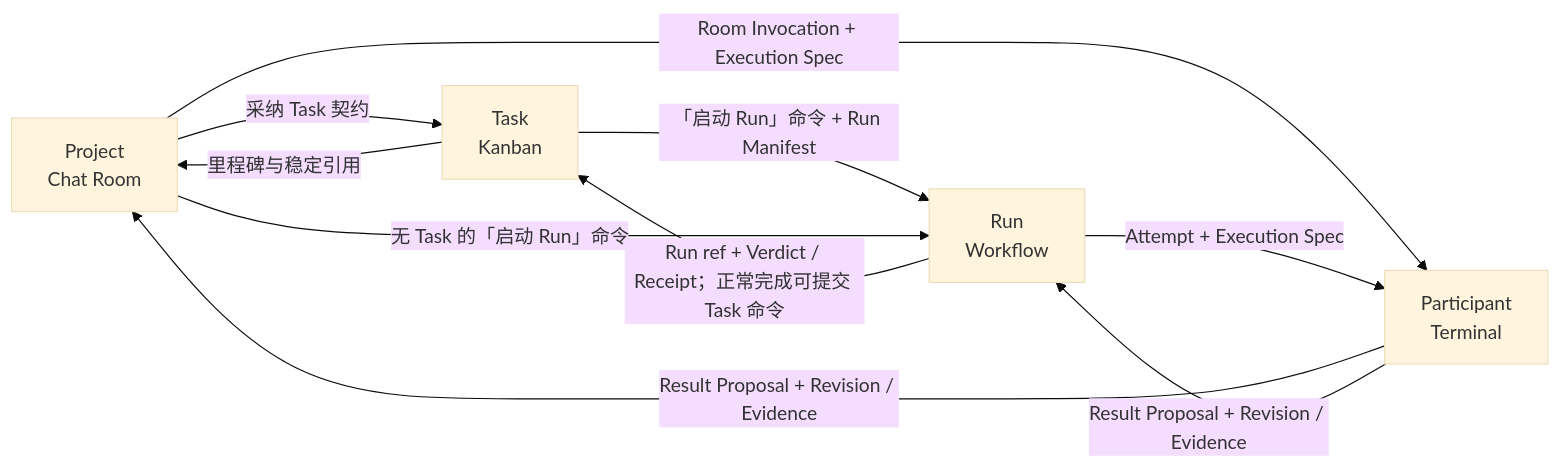
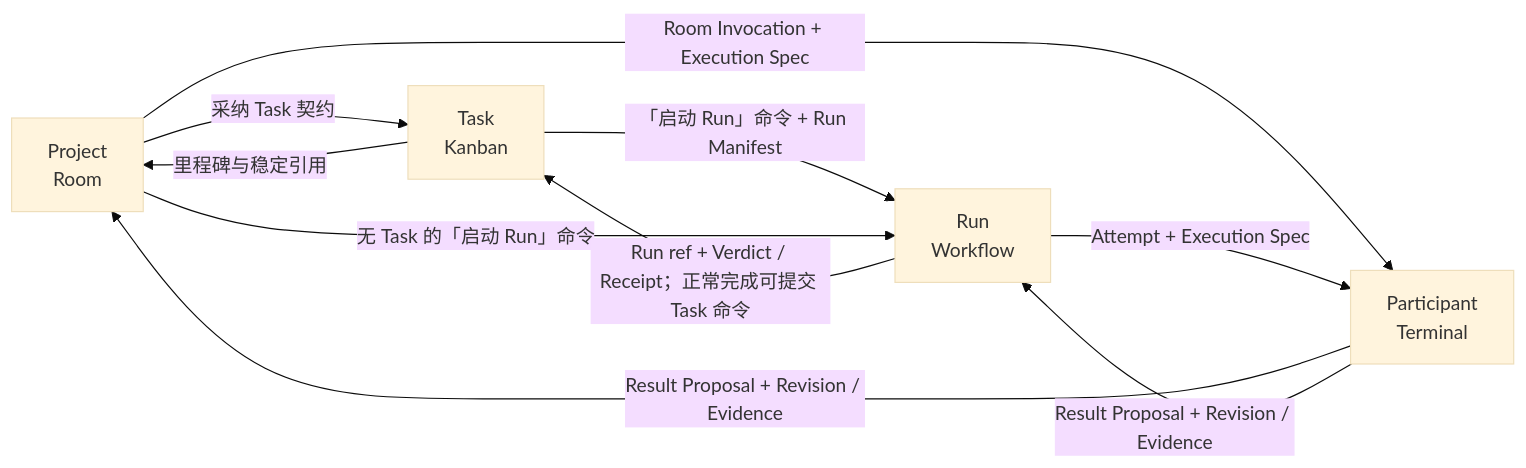
The diagram in docs/design/spec/connections.md (yesme/hctl2), drawn with Mermaid (base theme) before and after one commit. The commit also changed other lines of this file and 22 other files, not shown here.

````diff
--- a/docs/design/spec/connections.md
+++ b/docs/design/spec/connections.md
@@ -20,12 +20,12 @@
 ```mermaid
 flowchart LR
-    P["Project<br/>Chat Room"] -->|采纳 Task 契约| T["Task<br/>Kanban"]
+    P["Project<br/>Room"] -->|采纳 Task 契约| T["Task<br/>Kanban"]
     T -->|「启动 Run」命令 + Run Manifest| R["Run<br/>Workflow"]
     P -->|无 Task 的「启动 Run」命令| R
     P -->|Room Invocation + Execution Spec| H["Participant<br/>Terminal"]
     R -->|Attempt + Execution Spec| H
     H -->|Result Proposal + Revision / Evidence| P
     H -->|Result Proposal + Revision / Evidence| R
     R -->|Run ref + Verdict / Receipt；正常完成可提交 Task 命令| T
     T -->|里程碑与稳定引用| P
 ```
````
